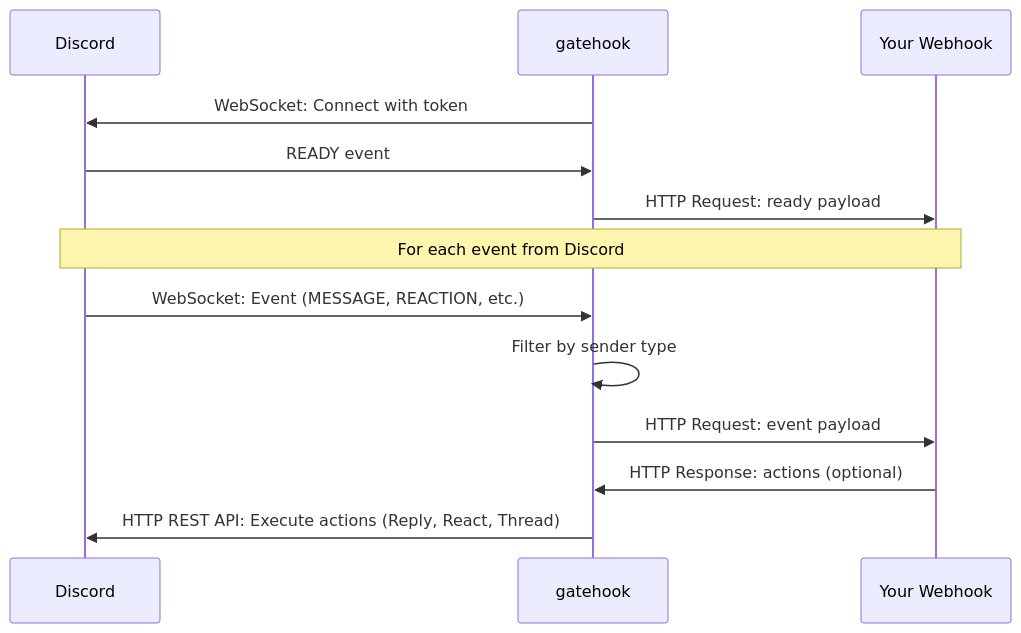
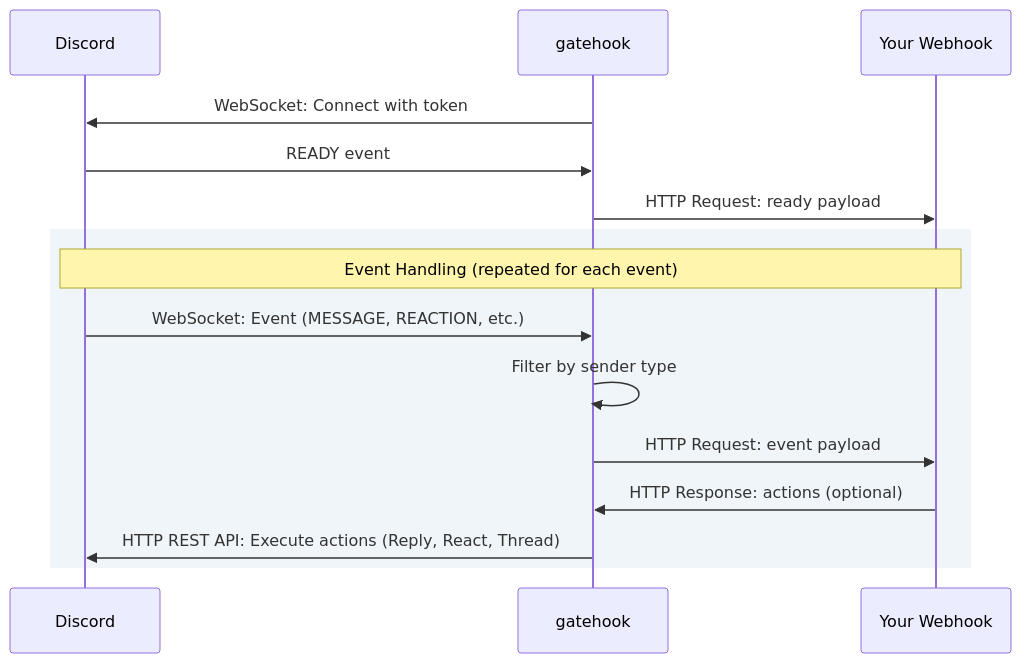
One commit to a24k/gatehook changed the diagram in README.md. Above: the diagram before and after it, drawn with Mermaid.

Commit message:
docs: Use rect block to visually group event handling
Wrapped event processing in a 'rect' block with light blue
background to visually separate it from the one-time startup
flow. Added Note to clarify this section repeats for each event.

🤖 Generated with [Claude Code](https://claude.com/claude-code)

````diff
--- a/README.md
+++ b/README.md
@@ -20,17 +20,19 @@
 ```mermaid
 sequenceDiagram
     participant Discord
     participant gatehook
     participant Your Webhook
 
     gatehook->>Discord: WebSocket: Connect with token
     Discord->>gatehook: READY event
     gatehook->>Your Webhook: HTTP Request: ready payload
 
-    Note over Discord,Your Webhook: For each event from Discord
-    Discord->>gatehook: WebSocket: Event (MESSAGE, REACTION, etc.)
-    gatehook->>gatehook: Filter by sender type
-    gatehook->>Your Webhook: HTTP Request: event payload
-    Your Webhook->>gatehook: HTTP Response: actions (optional)
-    gatehook->>Discord: HTTP REST API: Execute actions (Reply, React, Thread)
+    rect rgb(240, 245, 250)
+        Note over Discord,Your Webhook: Event Handling (repeated for each event)
+        Discord->>gatehook: WebSocket: Event (MESSAGE, REACTION, etc.)
+        gatehook->>gatehook: Filter by sender type
+        gatehook->>Your Webhook: HTTP Request: event payload
+        Your Webhook->>gatehook: HTTP Response: actions (optional)
+        gatehook->>Discord: HTTP REST API: Execute actions (Reply, React, Thread)
+    end
 ```
````
